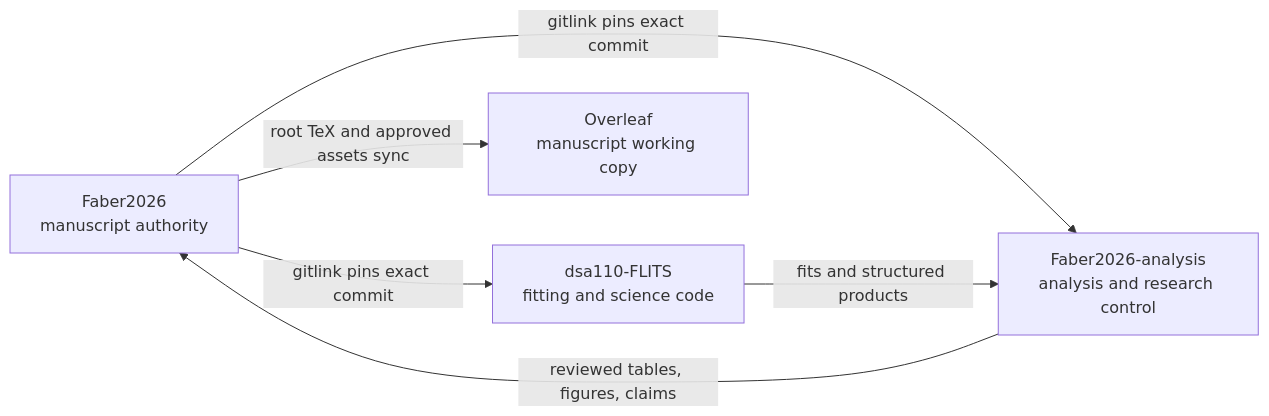
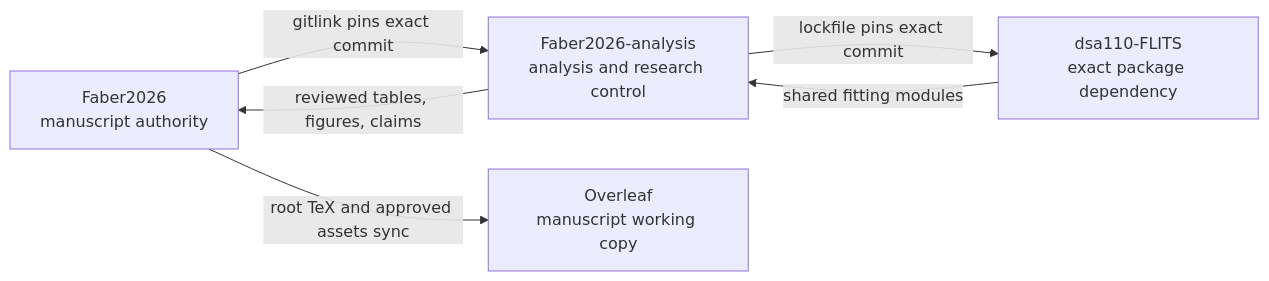
One commit to jakobtfaber/Faber2026-analysis changed the first of 3 diagrams in docs/rse/ops/repository-map.md. Above: the diagram before and after it, drawn with Mermaid. The commit also changed other lines of this file and 1355 other files, not shown here.

````diff
--- a/docs/rse/ops/repository-map.md
+++ b/docs/rse/ops/repository-map.md
@@ -36,13 +35,13 @@
 ```mermaid
 flowchart LR
     parentRepo["Faber2026<br/>manuscript authority"]
     analysisRepo["Faber2026-analysis<br/>analysis and research control"]
-    pipelineRepo["dsa110-FLITS<br/>fitting and science code"]
+    flits["dsa110-FLITS<br/>exact package dependency"]
     overleaf["Overleaf<br/>manuscript working copy"]
 
     parentRepo -->|"gitlink pins exact commit"| analysisRepo
-    parentRepo -->|"gitlink pins exact commit"| pipelineRepo
+    analysisRepo -->|"lockfile pins exact commit"| flits
     parentRepo -->|"root TeX and approved assets sync"| overleaf
-    pipelineRepo -->|"fits and structured products"| analysisRepo
+    flits -->|"shared fitting modules"| analysisRepo
     analysisRepo -->|"reviewed tables, figures, claims"| parentRepo
 ```
````
